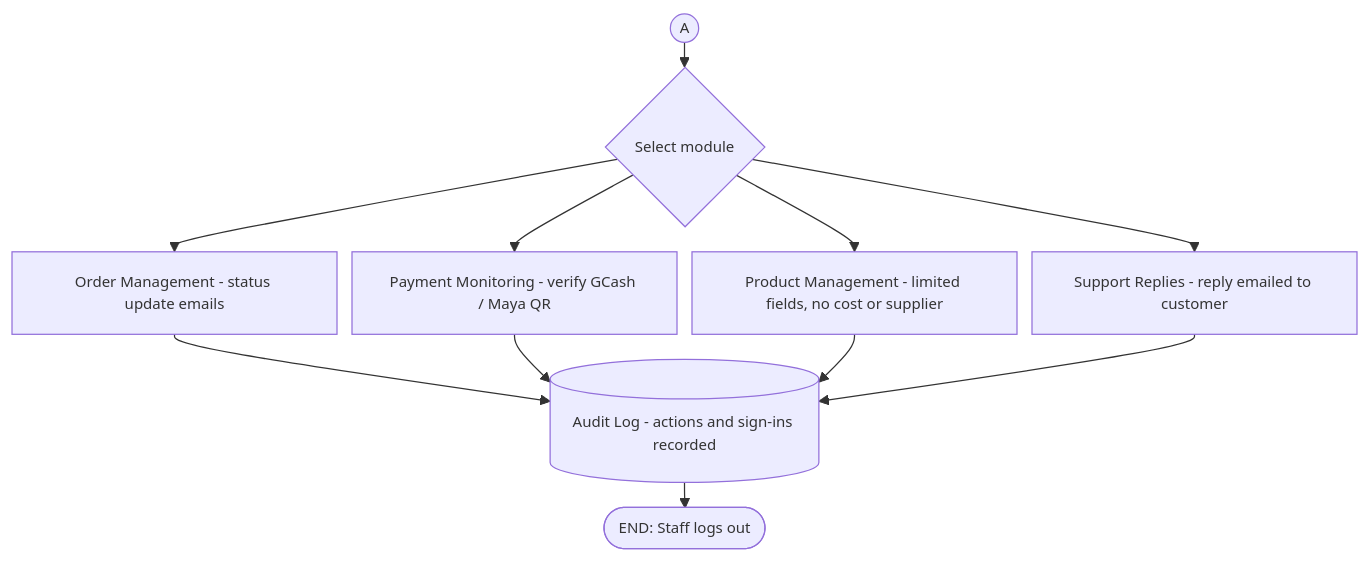
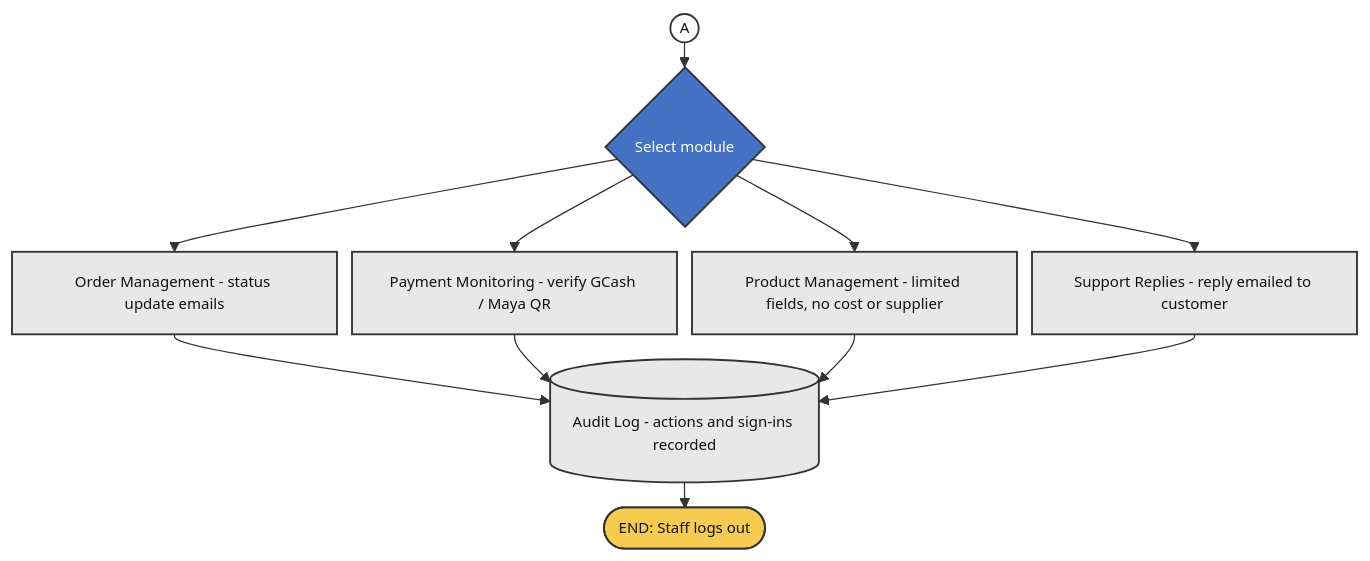
Before and after one commit to banderitax5/whiskers-prototype: the sixth of 8 diagrams in docs/system-flowcharts.md, drawn with Mermaid. The commit also changed other lines of this file, not shown here.

Commit message:
docs: capstone color scheme for flowcharts - yellow terminators, blue decisions, gray steps

````diff
--- a/docs/system-flowcharts.md
+++ b/docs/system-flowcharts.md
@@ -103,14 +146,24 @@
 ```mermaid
 %%{init: {"flowchart": {"nodeSpacing": 12, "rankSpacing": 20}, "themeVariables": {"fontSize": "12px"}}}%%
 flowchart TD
     KA2(("A")) --> M{"Select module"}
     M --> OM["Order Management - status update emails"]
     M --> PM["Payment Monitoring - verify GCash / Maya QR"]
     M --> PD["Product Management - limited fields, no cost or supplier"]
     M --> SR["Support Replies - reply emailed to customer"]
     OM --> AL[("Audit Log - actions and sign-ins recorded")]
     PM --> AL
     PD --> AL
     SR --> AL
     AL --> E(["END: Staff logs out"])
+    classDef term fill:#F6CB4F,stroke:#333333,stroke-width:1.5px,color:#111111
+    classDef proc fill:#E8E8E8,stroke:#333333,stroke-width:1.5px,color:#111111
+    classDef dec fill:#4472C4,stroke:#333333,stroke-width:1.5px,color:#FFFFFF
+    classDef db fill:#E8E8E8,stroke:#333333,stroke-width:1.5px,color:#111111
+    classDef conn fill:#FFFFFF,stroke:#333333,stroke-width:1.5px,color:#111111
+    class M dec
+    class OM,PM,PD,SR proc
+    class AL db
+    class E term
+    class KA2 conn
 ```
````
